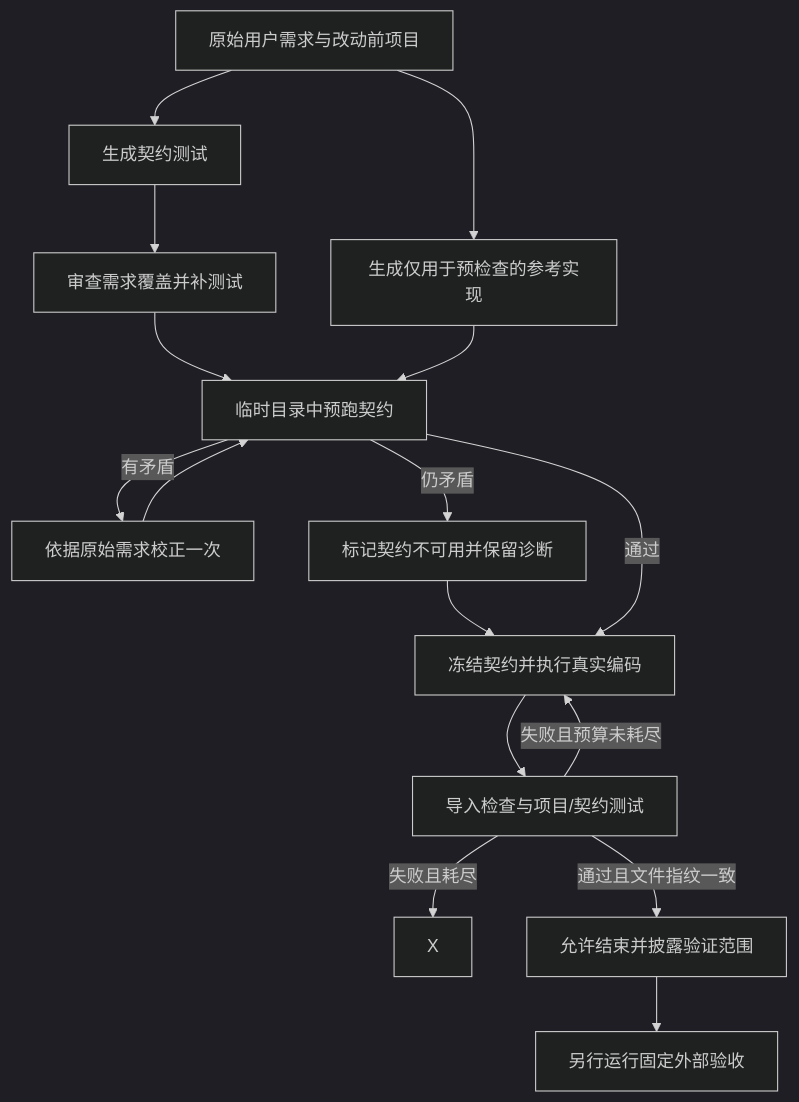
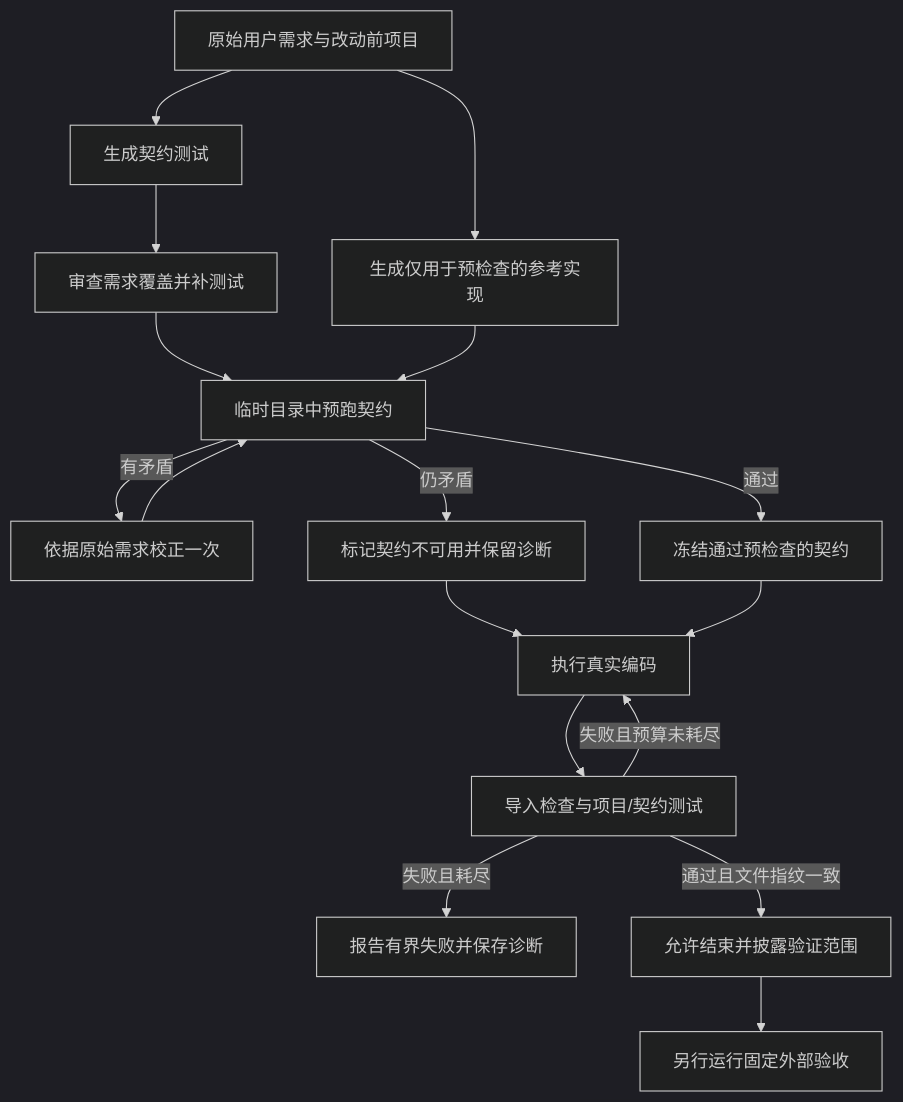
The diagram in INTERVIEW_REPAIR_NOTES.md (21xiaohe/Ibex-Agent), drawn with Mermaid (dark theme) before and after one commit. The commit also changed other lines of this file and 25 other files, not shown here.

````diff
--- a/INTERVIEW_REPAIR_NOTES.md
+++ b/INTERVIEW_REPAIR_NOTES.md
@@ -32,18 +34,19 @@
 ```mermaid
 flowchart TD
     A[原始用户需求与改动前项目] --> B[生成契约测试]
     B --> C[审查需求覆盖并补测试]
     A --> D[生成仅用于预检查的参考实现]
     C --> E[临时目录中预跑契约]
     D --> E
     E -->|有矛盾| F[依据原始需求校正一次]
     F --> E
     E -->|仍矛盾| R[标记契约不可用并保留诊断]
-    R --> G
-    E -->|通过| G[冻结契约并执行真实编码]
+    R --> G[执行真实编码]
+    E -->|通过| K[冻结通过预检查的契约]
+    K --> G
     G --> H[导入检查与项目/契约测试]
     H -->|失败且预算未耗尽| G
-    H -->|失败且耗尽| X
+    H -->|失败且耗尽| X[报告有界失败并保存诊断]
     H -->|通过且文件指纹一致| I[允许结束并披露验证范围]
     I --> J[另行运行固定外部验收]
 ```
````
